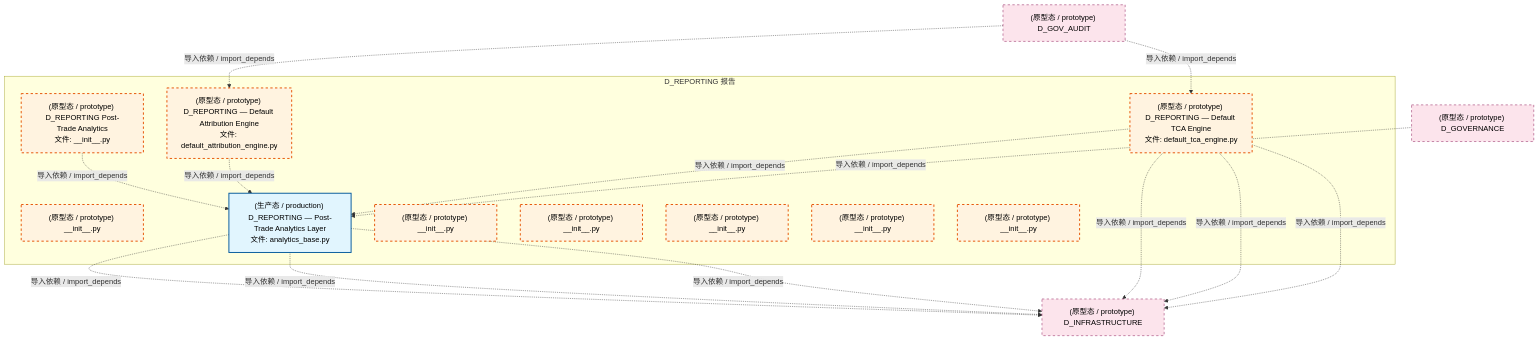
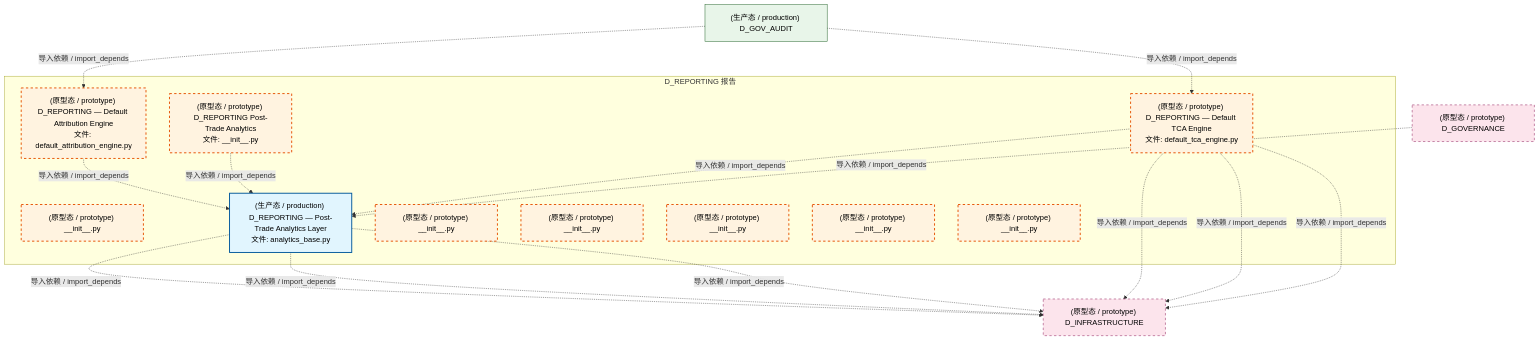
One commit to xuanFelixVan/ZephyrAlpha changed the first of 4 diagrams in docs/02_enterprise_architecture/02_domain_architecture_docs/21_d_reporting.md. Above: the diagram before and after it, drawn with Mermaid. The commit also changed other lines of this file and 122 other files, not shown here.

````diff
--- a/docs/02_enterprise_architecture/02_domain_architecture_docs/21_d_reporting.md
+++ b/docs/02_enterprise_architecture/02_domain_architecture_docs/21_d_reporting.md
@@ -73,37 +73,38 @@
 ```mermaid
 graph TD
     subgraph D_REPORTING["D_REPORTING 报告"]
         src_zephyr_reporting_init_py["(原型态 / prototype) D_REPORTING Post-Trade Analytics<br/>文件: __init__.py"]
         src_zephyr_reporting_extensions_init_py["(原型态 / prototype) __init__.py"]
         src_zephyr_reporting_analytics_base_py["(生产态 / production) D_REPORTING — Post-Trade Analytics Layer<br/>文件: analytics_base.py"]
         src_zephyr_reporting_api_init_py["(原型态 / prototype) __init__.py"]
         src_zephyr_reporting_core_init_py["(原型态 / prototype) __init__.py"]
         src_zephyr_reporting_default_attribution_engine_py["(原型态 / prototype) D_REPORTING — Default Attribution Engine<br/>文件: default_attribution_engine.py"]
         src_zephyr_reporting_default_tca_engine_py["(原型态 / prototype) D_REPORTING — Default TCA Engine<br/>文件: default_tca_engine.py"]
         src_zephyr_reporting_infrastructure_init_py["(原型态 / prototype) __init__.py"]
         src_zephyr_reporting_models_init_py["(原型态 / prototype) __init__.py"]
         src_zephyr_reporting_services_init_py["(原型态 / prototype) __init__.py"]
     end
+    src_zephyr_reporting_default_attribution_engine_py -.->|导入依赖 / import_depends| src_zephyr_reporting_analytics_base_py
     src_zephyr_reporting_init_py -.->|导入依赖 / import_depends| src_zephyr_reporting_analytics_base_py
-    src_zephyr_reporting_default_attribution_engine_py -.->|导入依赖 / import_depends| src_zephyr_reporting_analytics_base_py
     src_zephyr_reporting_default_tca_engine_py -.->|导入依赖 / import_depends| src_zephyr_reporting_analytics_base_py
     D_INFRASTRUCTURE["(原型态 / prototype) D_INFRASTRUCTURE"]
     src_zephyr_reporting_analytics_base_py -.->|导入依赖 / import_depends| D_INFRASTRUCTURE
     src_zephyr_reporting_analytics_base_py -.->|导入依赖 / import_depends| D_INFRASTRUCTURE
     src_zephyr_reporting_analytics_base_py -.->|导入依赖 / import_depends| D_INFRASTRUCTURE
     src_zephyr_reporting_default_tca_engine_py -.->|导入依赖 / import_depends| D_INFRASTRUCTURE
     src_zephyr_reporting_default_tca_engine_py -.->|导入依赖 / import_depends| D_INFRASTRUCTURE
     src_zephyr_reporting_default_tca_engine_py -.->|导入依赖 / import_depends| D_INFRASTRUCTURE
-    D_GOV_AUDIT["(原型态 / prototype) D_GOV_AUDIT"]
+    D_GOV_AUDIT["(生产态 / production) D_GOV_AUDIT"]
+    D_GOV_AUDIT -.->|导入依赖 / import_depends| src_zephyr_reporting_default_tca_engine_py
     D_GOV_AUDIT -.->|导入依赖 / import_depends| src_zephyr_reporting_default_attribution_engine_py
-    D_GOV_AUDIT -.->|导入依赖 / import_depends| src_zephyr_reporting_default_tca_engine_py
     D_GOVERNANCE["(原型态 / prototype) D_GOVERNANCE"]
     D_GOVERNANCE -.->|导入依赖 / import_depends| src_zephyr_reporting_analytics_base_py
     classDef production fill:#e1f5fe,stroke:#01579b,stroke-width:2px,color:#000
     classDef design fill:#fff3e0,stroke:#e65100,stroke-width:2px,color:#000,stroke-dasharray: 5 5
     classDef external_prod fill:#e8f5e9,stroke:#1b5e20,stroke-width:1px,color:#000
     classDef external_design fill:#fce4ec,stroke:#880e4f,stroke-width:1px,color:#000,stroke-dasharray: 5 5
     class src_zephyr_reporting_analytics_base_py production
     class src_zephyr_reporting_init_py,src_zephyr_reporting_extensions_init_py,src_zephyr_reporting_api_init_py,src_zephyr_reporting_core_init_py,src_zephyr_reporting_default_attribution_engine_py,src_zephyr_reporting_default_tca_engine_py,src_zephyr_reporting_infrastructure_init_py,src_zephyr_reporting_models_init_py,src_zephyr_reporting_services_init_py design
-    class D_INFRASTRUCTURE,D_GOV_AUDIT,D_GOVERNANCE external_design
+    class D_GOV_AUDIT external_prod
+    class D_INFRASTRUCTURE,D_GOVERNANCE external_design
 ```
````
